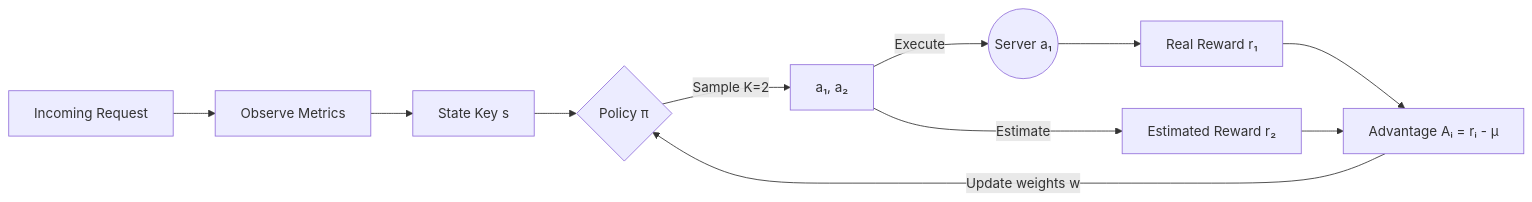
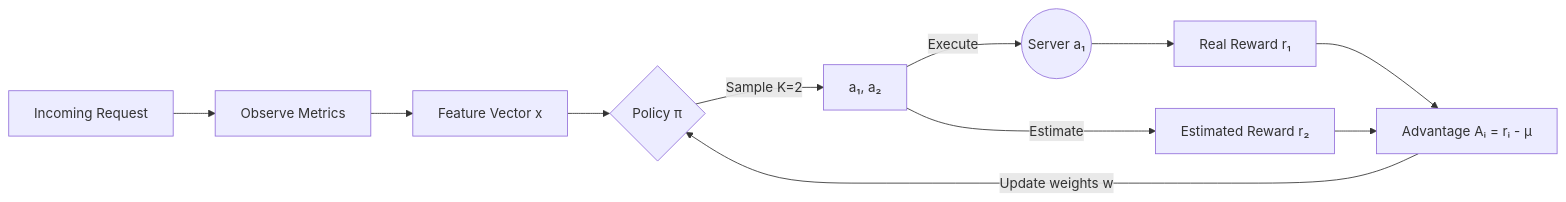
One commit to karimluna/tiny-grpo changed the diagram in README.md. Above: the diagram before and after it, drawn with Mermaid. The commit also changed other lines of this file, not shown here.

````diff
--- a/README.md
+++ b/README.md
@@ -25,18 +25,18 @@
 ```mermaid
 flowchart LR
     Req[Incoming Request] --> Obs[Observe Metrics]
-    Obs --> S[State Key s]
-    S --> Pi{Policy π}
+    Obs --> X[Feature Vector x]
+    X --> Pi{Policy π}
 
     Pi -->|Sample K=2| Act[a₁, a₂]
 
     Act -->|Execute| Srv((Server a₁))
     Srv --> R1[Real Reward r₁]
 
     Act -->|Estimate| R2[Estimated Reward r₂]
 
     R1 --> Adv[Advantage Aᵢ = rᵢ - μ]
     R2 --> Adv
 
     Adv -->|Update weights w| Pi
 ```
````
